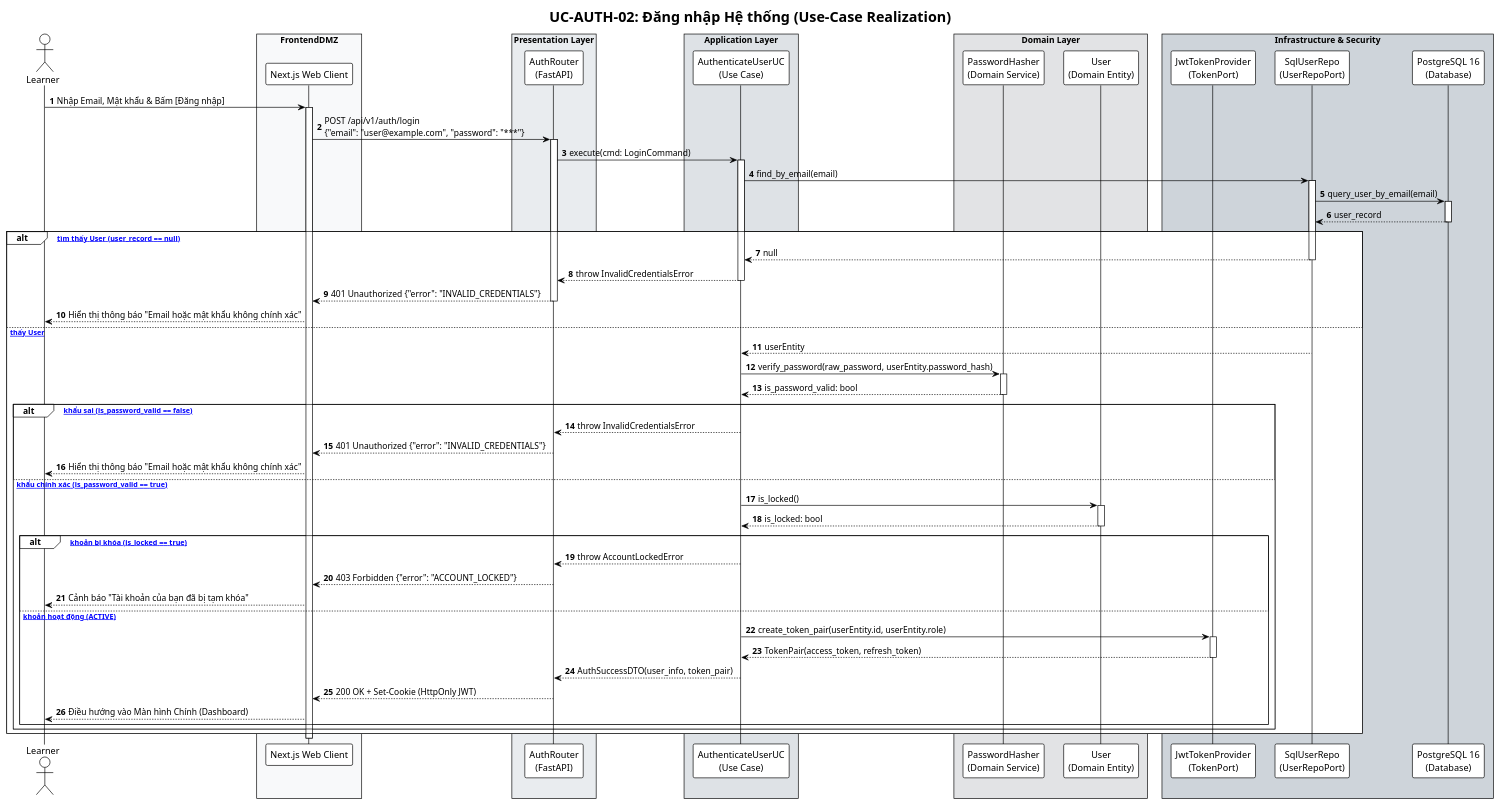
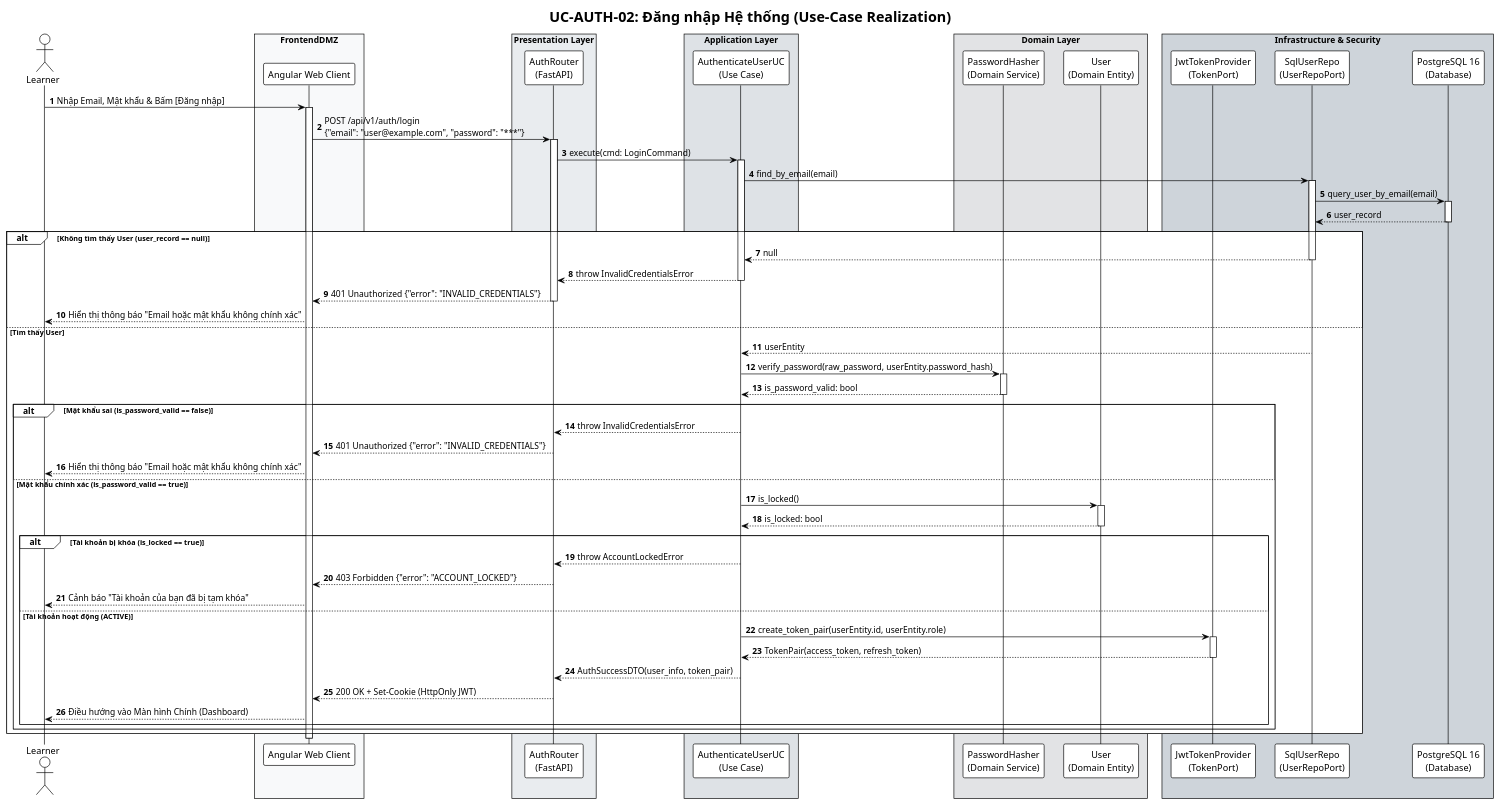
Before and after one commit to Coffat/FocusFlow: the diagram in docs/uml/sequence/seq-01-user-login.puml, drawn with PlantUML. The commit also changed 83 other files, not shown here.

Commit message:
docs: audit and synchronize SRS, database schema, UML, and architectural specs

```diff
--- a/docs/uml/sequence/seq-01-user-login.puml
+++ b/docs/uml/sequence/seq-01-user-login.puml
@@ -1,98 +1,98 @@
 @startuml SD1_User_Login
 !theme plain
 autonumber
 skinparam BoxPadding 10
 skinparam ParticipantPadding 10
 skinparam ResponseMessageBelowArrow true
 
 title UC-AUTH-02: Đăng nhập Hệ thống (Use-Case Realization)
 
 actor "Learner" as User
 box "FrontendDMZ" #F8F9FA
-    participant "Next.js Web Client" as UI
+    participant "Angular Web Client" as UI
 end box
 box "Presentation Layer" #E9ECEF
     participant "AuthRouter\n(FastAPI)" as Router
 end box
 box "Application Layer" #DEE2E6
     participant "AuthenticateUserUC\n(Use Case)" as AuthUC
 end box
 box "Domain Layer" #E2E3E5
     participant "PasswordHasher\n(Domain Service)" as Hasher
     participant "User\n(Domain Entity)" as UserEntity
 end box
 box "Infrastructure & Security" #CED4DA
     participant "JwtTokenProvider\n(TokenPort)" as TokenService
     participant "SqlUserRepo\n(UserRepoPort)" as Repo
     participant "PostgreSQL 16\n(Database)" as DB
 end box
 
 User -> UI: Nhập Email, Mật khẩu & Bấm [Đăng nhập]
 activate UI
 UI -> Router: POST /api/v1/auth/login\n{"email": "user@example.com", "password": "***"}
 activate Router
 
 Router -> AuthUC: execute(cmd: LoginCommand)
 activate AuthUC
 
 AuthUC -> Repo: find_by_email(email)
 activate Repo
 Repo -> DB: query_user_by_email(email)
 activate DB
 DB --> Repo: user_record
 deactivate DB
 
-alt [Không tìm thấy User (user_record == null)]
+alt Không tìm thấy User (user_record == null)
     Repo --> AuthUC: null
     deactivate Repo
     AuthUC --> Router: throw InvalidCredentialsError
     deactivate AuthUC
     Router --> UI: 401 Unauthorized {"error": "INVALID_CREDENTIALS"}
     deactivate Router
     UI --> User: Hiển thị thông báo "Email hoặc mật khẩu không chính xác"
-else [Tìm thấy User]
+else Tìm thấy User
     Repo --> AuthUC: userEntity
     deactivate Repo
 
     AuthUC -> Hasher: verify_password(raw_password, userEntity.password_hash)
     activate Hasher
     Hasher --> AuthUC: is_password_valid: bool
     deactivate Hasher
 
-    alt [Mật khẩu sai (is_password_valid == false)]
+    alt Mật khẩu sai (is_password_valid == false)
         AuthUC --> Router: throw InvalidCredentialsError
         deactivate AuthUC
         Router --> UI: 401 Unauthorized {"error": "INVALID_CREDENTIALS"}
         deactivate Router
         UI --> User: Hiển thị thông báo "Email hoặc mật khẩu không chính xác"
-    else [Mật khẩu chính xác (is_password_valid == true)]
+    else Mật khẩu chính xác (is_password_valid == true)
         AuthUC -> UserEntity: is_locked()
         activate UserEntity
         UserEntity --> AuthUC: is_locked: bool
         deactivate UserEntity
 
-        alt [Tài khoản bị khóa (is_locked == true)]
+        alt Tài khoản bị khóa (is_locked == true)
             AuthUC --> Router: throw AccountLockedError
             deactivate AuthUC
             Router --> UI: 403 Forbidden {"error": "ACCOUNT_LOCKED"}
             deactivate Router
             UI --> User: Cảnh báo "Tài khoản của bạn đã bị tạm khóa"
-        else [Tài khoản hoạt động (ACTIVE)]
+        else Tài khoản hoạt động (ACTIVE)
             AuthUC -> TokenService: create_token_pair(userEntity.id, userEntity.role)
             activate TokenService
             TokenService --> AuthUC: TokenPair(access_token, refresh_token)
             deactivate TokenService
 
             AuthUC --> Router: AuthSuccessDTO(user_info, token_pair)
             deactivate AuthUC
 
             Router --> UI: 200 OK + Set-Cookie (HttpOnly JWT)
             deactivate Router
 
             UI --> User: Điều hướng vào Màn hình Chính (Dashboard)
         end
     end
 end
 deactivate UI
 
 @enduml
```
